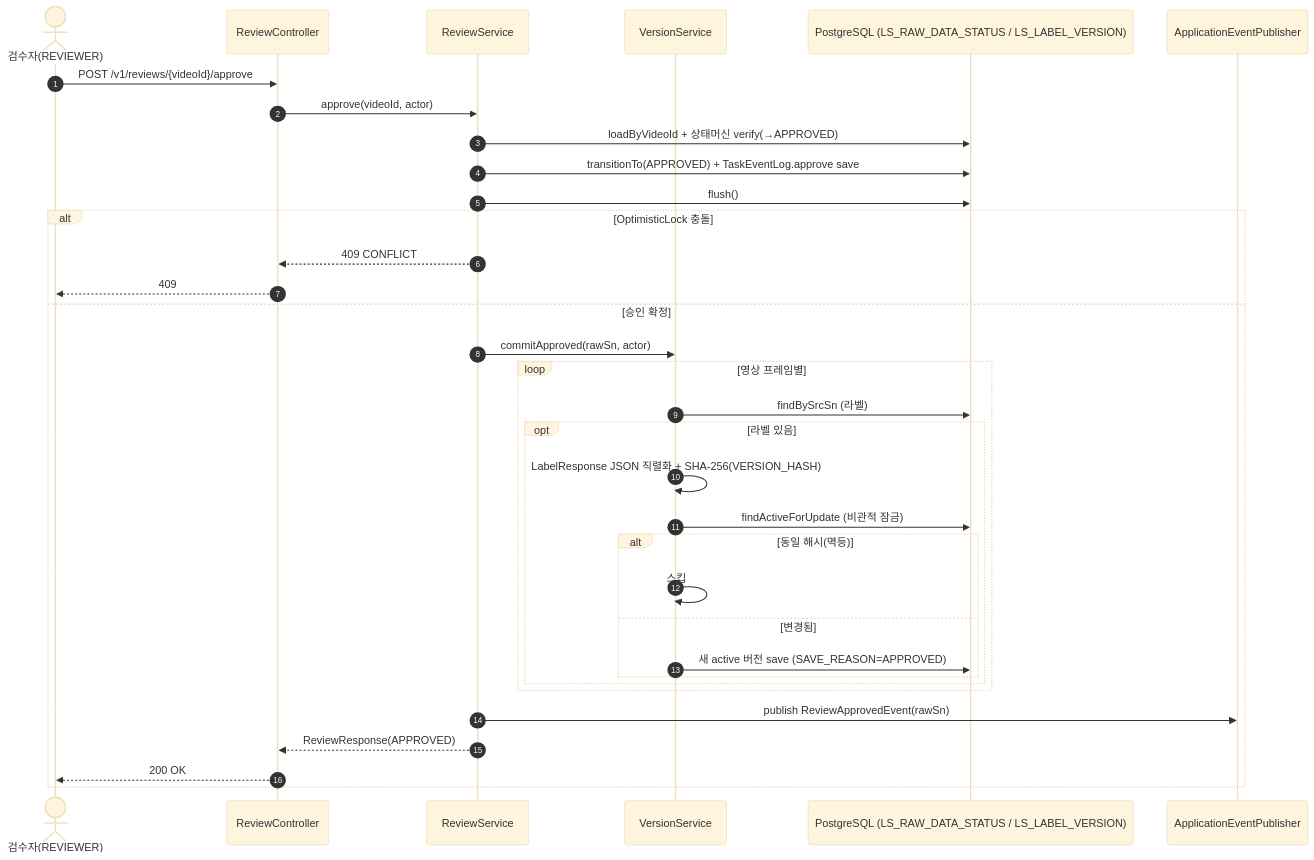
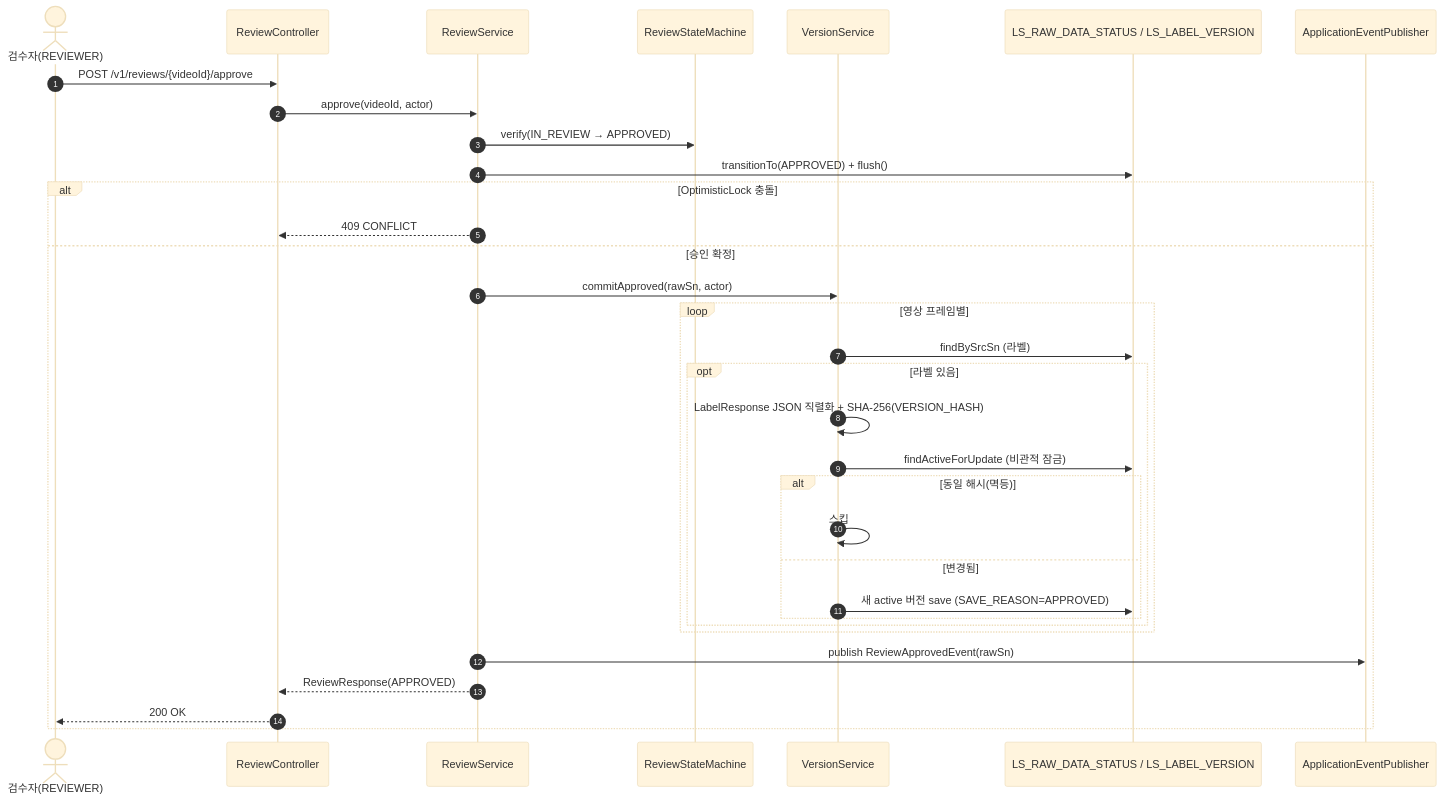
Before and after one commit to New-stella/klid-label: the seventh of 26 diagrams in docs/design/D1-클래스설계서.md, drawn with Mermaid (base theme). The commit also changed other lines of this file and 6 other files, not shown here.

````diff
--- a/docs/design/D1-클래스설계서.md
+++ b/docs/design/D1-클래스설계서.md
@@ -566,37 +452,35 @@
 ```mermaid
 sequenceDiagram
     autonumber
     actor RV as 검수자(REVIEWER)
     participant RC as ReviewController
     participant RS as ReviewService
+    participant SM as ReviewStateMachine
     participant VS as VersionService
-    participant DB as PostgreSQL (LS_RAW_DATA_STATUS / LS_LABEL_VERSION)
+    participant DB as LS_RAW_DATA_STATUS / LS_LABEL_VERSION
     participant EP as ApplicationEventPublisher
-
     RV->>RC: POST /v1/reviews/{videoId}/approve
     RC->>RS: approve(videoId, actor)
-    RS->>DB: loadByVideoId + 상태머신 verify(→APPROVED)
-    RS->>DB: transitionTo(APPROVED) + TaskEventLog.approve save
-    RS->>DB: flush()
+    RS->>SM: verify(IN_REVIEW → APPROVED)
+    RS->>DB: transitionTo(APPROVED) + flush()
     alt OptimisticLock 충돌
         RS-->>RC: 409 CONFLICT
-        RC-->>RV: 409
     else 승인 확정
         RS->>VS: commitApproved(rawSn, actor)
         loop 영상 프레임별
             VS->>DB: findBySrcSn (라벨)
             opt 라벨 있음
                 VS->>VS: LabelResponse JSON 직렬화 + SHA-256(VERSION_HASH)
                 VS->>DB: findActiveForUpdate (비관적 잠금)
                 alt 동일 해시(멱등)
                     VS->>VS: 스킵
                 else 변경됨
                     VS->>DB: 새 active 버전 save (SAVE_REASON=APPROVED)
                 end
             end
         end
         RS->>EP: publish ReviewApprovedEvent(rawSn)
         RS-->>RC: ReviewResponse(APPROVED)
         RC-->>RV: 200 OK
     end
 ```
````
